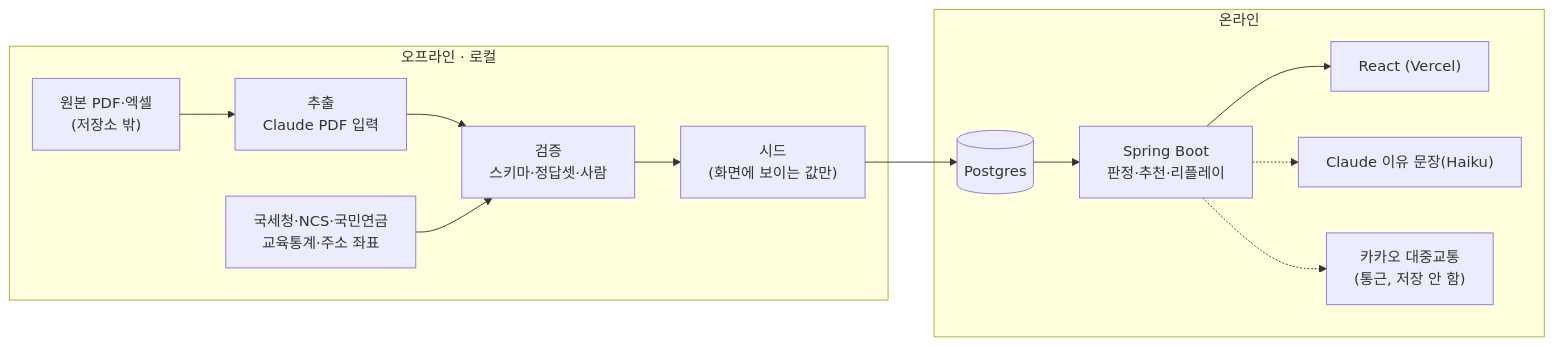
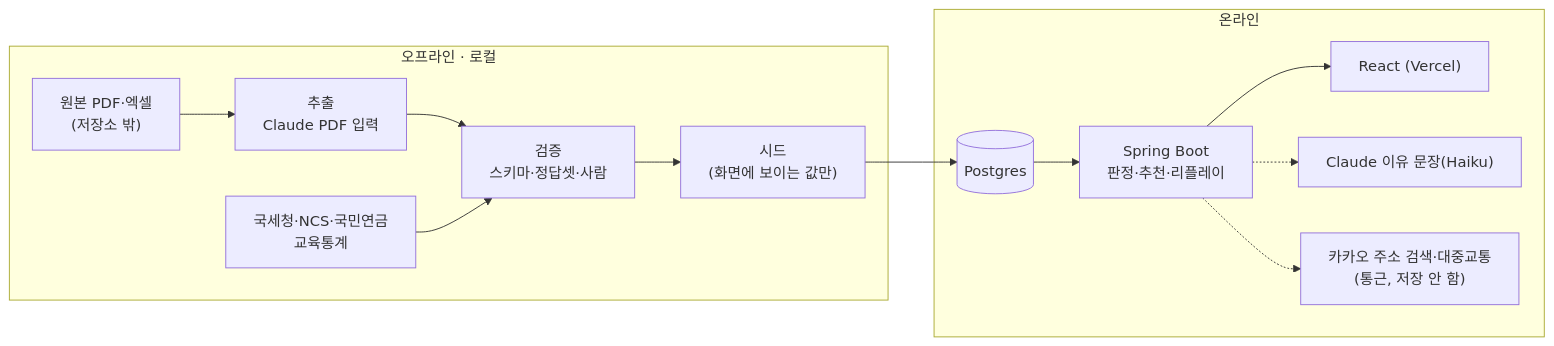
The diagram in docs/architecture.md (skuniv-team11/Backend), drawn with Mermaid before and after one commit. The commit also changed other lines of this file and 11 other files, not shown here.

````diff
--- a/docs/architecture.md
+++ b/docs/architecture.md
@@ -9,16 +9,16 @@
 ```mermaid
 flowchart LR
   subgraph OFF["오프라인 · 로컬"]
     R["원본 PDF·엑셀<br>(저장소 밖)"] --> X["추출<br>Claude PDF 입력"]
     X --> V["검증<br>스키마·정답셋·사람"]
-    P["국세청·NCS·국민연금<br>교육통계·주소 좌표"] --> V
+    P["국세청·NCS·국민연금<br>교육통계"] --> V
     V --> S["시드<br>(화면에 보이는 값만)"]
   end
   subgraph ON["온라인"]
     S --> DB[("Postgres")]
     DB --> API["Spring Boot<br>판정·추천·리플레이"]
     API --> FE["React (Vercel)"]
     API -.-> C["Claude 이유 문장(Haiku)"]
-    API -.-> K["카카오 대중교통<br>(통근, 저장 안 함)"]
+    API -.-> K["카카오 주소 검색·대중교통<br>(통근, 저장 안 함)"]
   end
 ```
````
